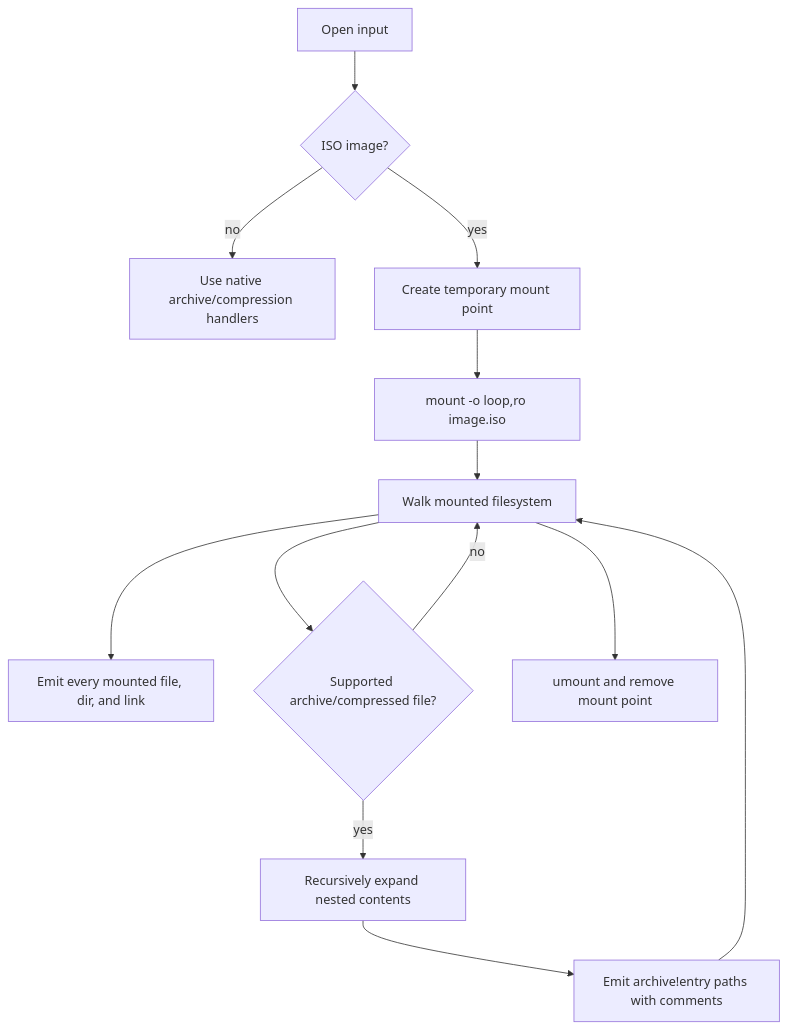
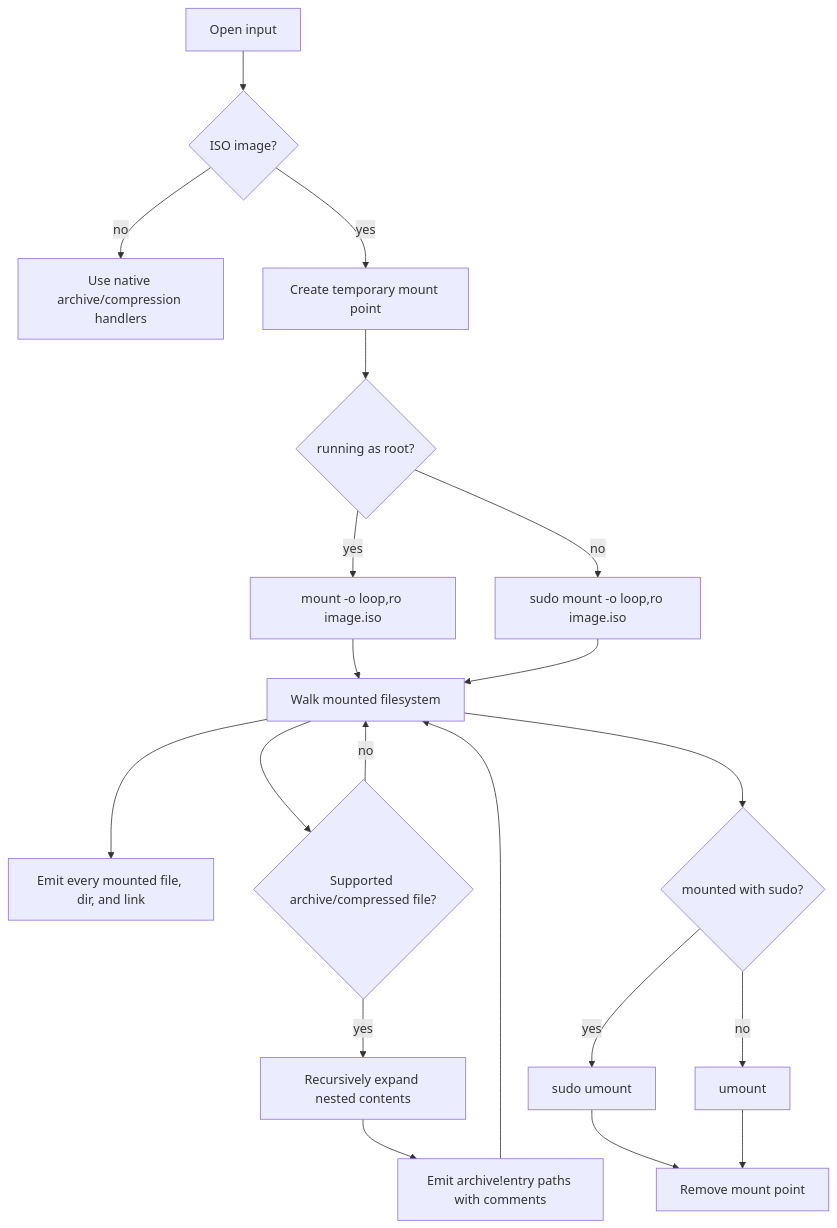
The diagram in README.md (Mjwagner2277/omega-file-lister), drawn with Mermaid before and after one commit. The commit also changed other lines of this file, not shown here.

````diff
--- a/README.md
+++ b/README.md
@@ -27,15 +208,22 @@
 ```mermaid
 flowchart TD
     A[Open input] --> B{ISO image?}
     B -- no --> C[Use native archive/compression handlers]
     B -- yes --> D[Create temporary mount point]
-    D --> E[mount -o loop,ro image.iso]
-    E --> F[Walk mounted filesystem]
-    F --> G[Emit every mounted file, dir, and link]
-    F --> H{Supported archive/compressed file?}
-    H -- yes --> I[Recursively expand nested contents]
-    I --> J[Emit archive!entry paths with comments]
-    H -- no --> F
-    J --> F
-    F --> K[umount and remove mount point]
+    D --> E{running as root?}
+    E -- yes --> F[mount -o loop,ro image.iso]
+    E -- no --> G[sudo mount -o loop,ro image.iso]
+    F --> H[Walk mounted filesystem]
+    G --> H
+    H --> I[Emit every mounted file, dir, and link]
+    H --> J{Supported archive/compressed file?}
+    J -- yes --> K[Recursively expand nested contents]
+    K --> L[Emit archive!entry paths with comments]
+    J -- no --> H
+    L --> H
+    H --> M{mounted with sudo?}
+    M -- yes --> N[sudo umount]
+    M -- no --> O[umount]
+    N --> P[Remove mount point]
+    O --> P
 ```
````
